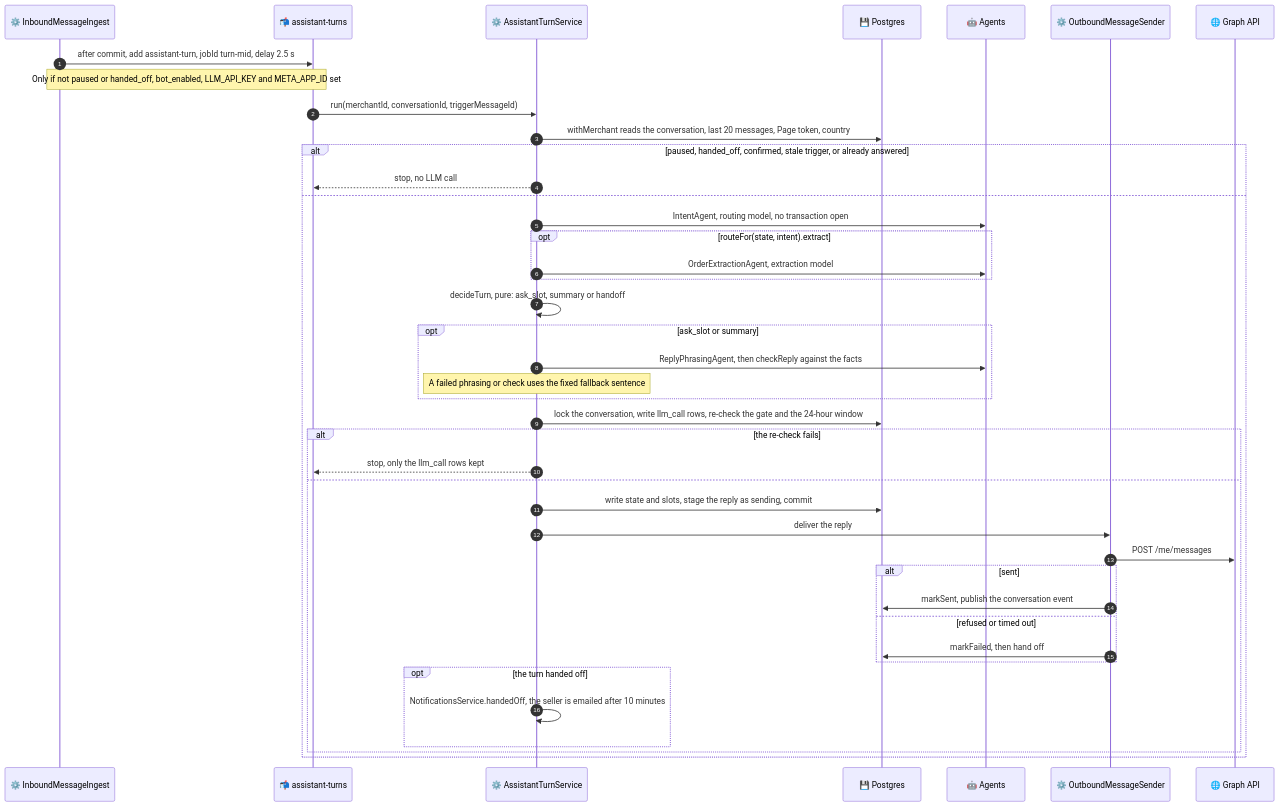
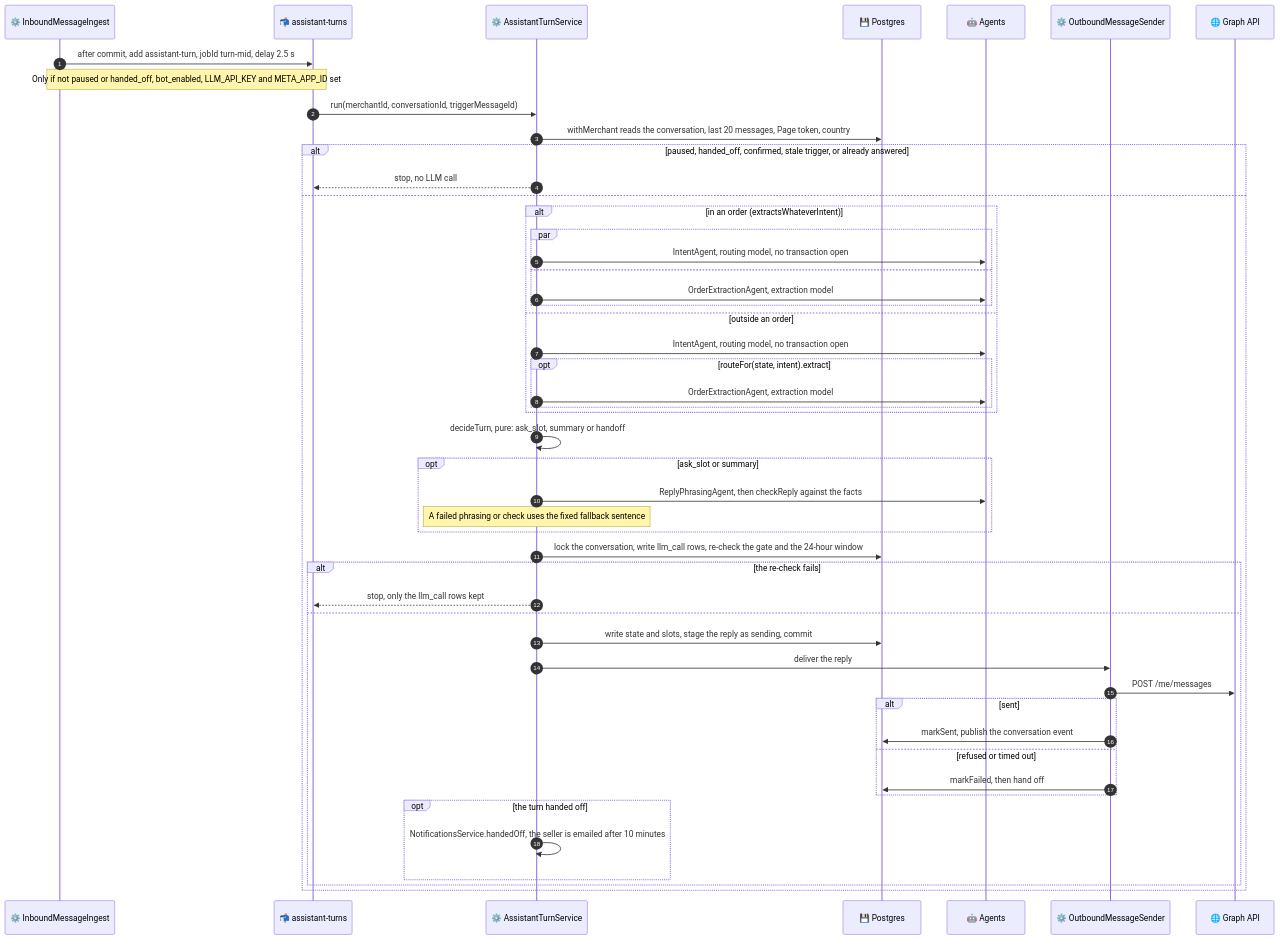
Before and after one commit to nabil404/project-alpha: the diagram in docs/features/11-ai-implementation/phase-1-foundation/turn-flow.md, drawn with Mermaid. The commit also changed 4 other files, not shown here.

First line of the commit message:
perf: classify and extract in parallel during an order

````diff
--- a/docs/features/11-ai-implementation/phase-1-foundation/turn-flow.md
+++ b/docs/features/11-ai-implementation/phase-1-foundation/turn-flow.md
@@ -8,45 +8,53 @@
 ```mermaid
 sequenceDiagram
     autonumber
     participant Ingest as ⚙️ InboundMessageIngest
     participant Queue as 📬 assistant-turns
     participant Turn as ⚙️ AssistantTurnService
     participant DB as 💾 Postgres
     participant LLM as 🤖 Agents
     participant Sender as ⚙️ OutboundMessageSender
     participant Meta as 🌐 Graph API
 
     Ingest->>Queue: after commit, add assistant-turn, jobId turn-mid, delay 2.5 s
     Note over Ingest,Queue: Only if not paused or handed_off, bot_enabled, LLM_API_KEY and META_APP_ID set
     Queue->>Turn: run(merchantId, conversationId, triggerMessageId)
     Turn->>DB: withMerchant reads the conversation, last 20 messages, Page token, country
     alt paused, handed_off, confirmed, stale trigger, or already answered
         Turn-->>Queue: stop, no LLM call
     else
-        Turn->>LLM: IntentAgent, routing model, no transaction open
-        opt routeFor(state, intent).extract
-            Turn->>LLM: OrderExtractionAgent, extraction model
+        alt in an order (extractsWhateverIntent)
+            par
+                Turn->>LLM: IntentAgent, routing model, no transaction open
+            and
+                Turn->>LLM: OrderExtractionAgent, extraction model
+            end
+        else outside an order
+            Turn->>LLM: IntentAgent, routing model, no transaction open
+            opt routeFor(state, intent).extract
+                Turn->>LLM: OrderExtractionAgent, extraction model
+            end
         end
         Turn->>Turn: decideTurn, pure: ask_slot, summary or handoff
         opt ask_slot or summary
             Turn->>LLM: ReplyPhrasingAgent, then checkReply against the facts
             Note over Turn: A failed phrasing or check uses the fixed fallback sentence
         end
         Turn->>DB: lock the conversation, write llm_call rows, re-check the gate and the 24-hour window
         alt the re-check fails
             Turn-->>Queue: stop, only the llm_call rows kept
         else
             Turn->>DB: write state and slots, stage the reply as sending, commit
             Turn->>Sender: deliver the reply
             Sender->>Meta: POST /me/messages
             alt sent
                 Sender->>DB: markSent, publish the conversation event
             else refused or timed out
                 Sender->>DB: markFailed, then hand off
             end
             opt the turn handed off
                 Turn->>Turn: NotificationsService.handedOff, the seller is emailed after 10 minutes
             end
         end
     end
 ```
````
